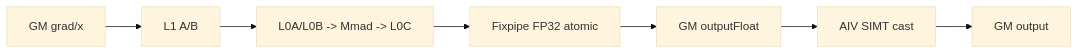
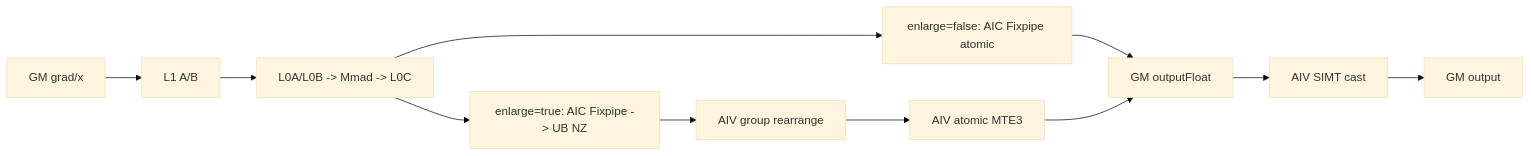
Before and after one commit to Atlas-Ascend-Fork/cannbot-knowledge: the second of 5 diagrams in knowledge/ops/ascendc/operators/direct/nn/conv/conv_3d_backprop_filter_950.md, drawn with Mermaid (base theme). The commit also changed other lines of this file and 54 other files, not shown here.

````diff
--- a/knowledge/ops/ascendc/operators/direct/nn/conv/conv_3d_backprop_filter_950.md
+++ b/knowledge/ops/ascendc/operators/direct/nn/conv/conv_3d_backprop_filter_950.md
@@ -515,6 +535,8 @@
 ```mermaid
 flowchart LR
   G["GM grad/x"] --> L1["L1 A/B"] --> L0["L0A/L0B -> Mmad -> L0C"]
-  L0 --> F["Fixpipe FP32 atomic"] --> O32["GM outputFloat"]
+  L0 --> F["enlarge=false: AIC Fixpipe atomic"] --> O32["GM outputFloat"]
+  L0 --> U0["enlarge=true: AIC Fixpipe -> UB NZ"]
+  U0 --> U1["AIV group rearrange"] --> A["AIV atomic MTE3"] --> O32
   O32 --> V["AIV SIMT cast"] --> O["GM output"]
 ```
````
